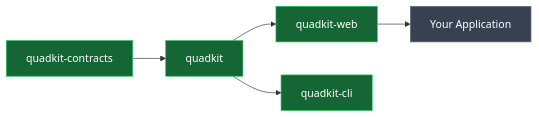
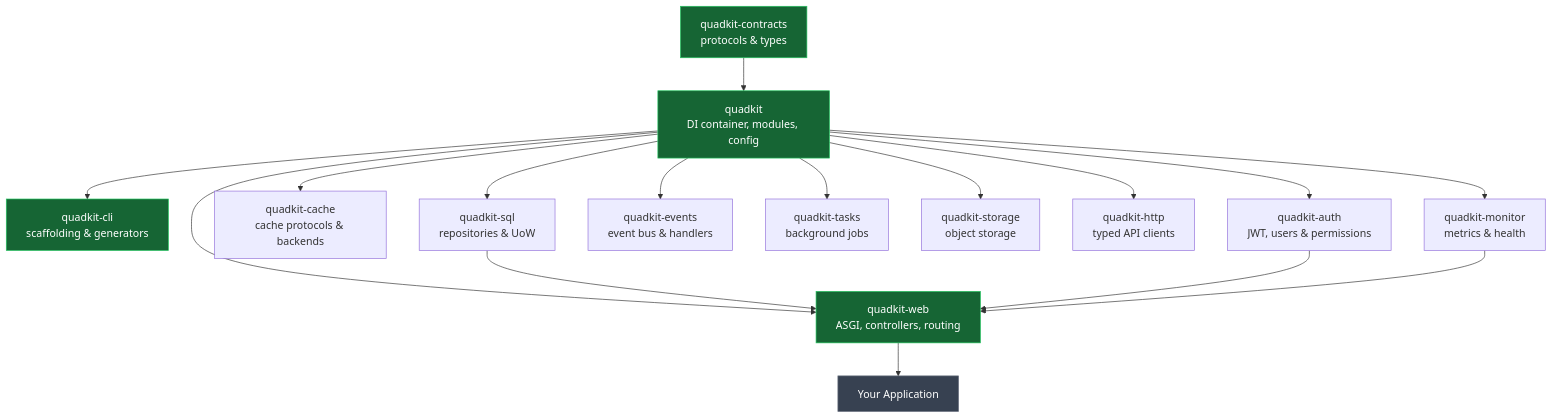
One commit to dbtinoy-/quadkit changed the diagram in README.md. Above: the diagram before and after it, drawn with Mermaid. The commit also changed other lines of this file and 89 other files, not shown here.

````diff
--- a/README.md
+++ b/README.md
@@ -75,11 +73,24 @@
 ```mermaid
-graph LR
-    QC[quadkit-contracts] --> Q[quadkit] --> W[quadkit-web] --> APP[Your&nbsp;Application]
-    Q --> CLI[quadkit-cli]
+graph TD
+    QC[quadkit-contracts<br/>protocols & types] --> Q[quadkit<br/>DI container, modules, config]
+    Q --> W[quadkit-web<br/>ASGI, controllers, routing]
+    Q --> CLI[quadkit-cli<br/>scaffolding & generators]
+    Q --> SQL[quadkit-sql<br/>repositories & UoW]
+    Q --> CACHE[quadkit-cache<br/>cache protocols & backends]
+    Q --> AUTH[quadkit-auth<br/>JWT, users & permissions]
+    Q --> EVENTS[quadkit-events<br/>event bus & handlers]
+    Q --> TASKS[quadkit-tasks<br/>background jobs]
+    Q --> STORAGE[quadkit-storage<br/>object storage]
+    Q --> HTTP[quadkit-http<br/>typed API clients]
+    Q --> MON[quadkit-monitor<br/>metrics & health]
+    W --> APP[Your Application]
+    SQL --> W
+    AUTH --> W
+    MON --> W
 
     style QC fill:#166534,stroke:#22c55e,color:#fff
     style Q fill:#166534,stroke:#22c55e,color:#fff
     style W fill:#166534,stroke:#22c55e,color:#fff
     style CLI fill:#166534,stroke:#22c55e,color:#fff
     style APP fill:#374151,stroke:#6b7280,color:#fff
 ```
````
